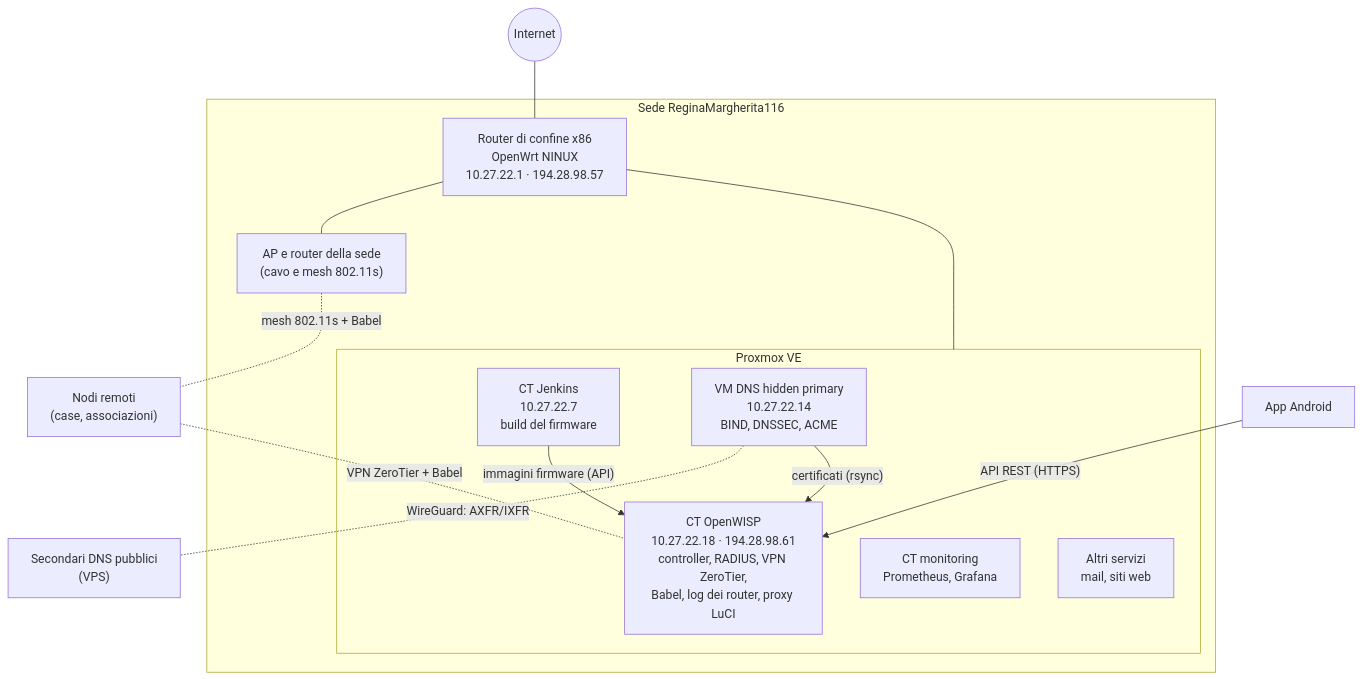
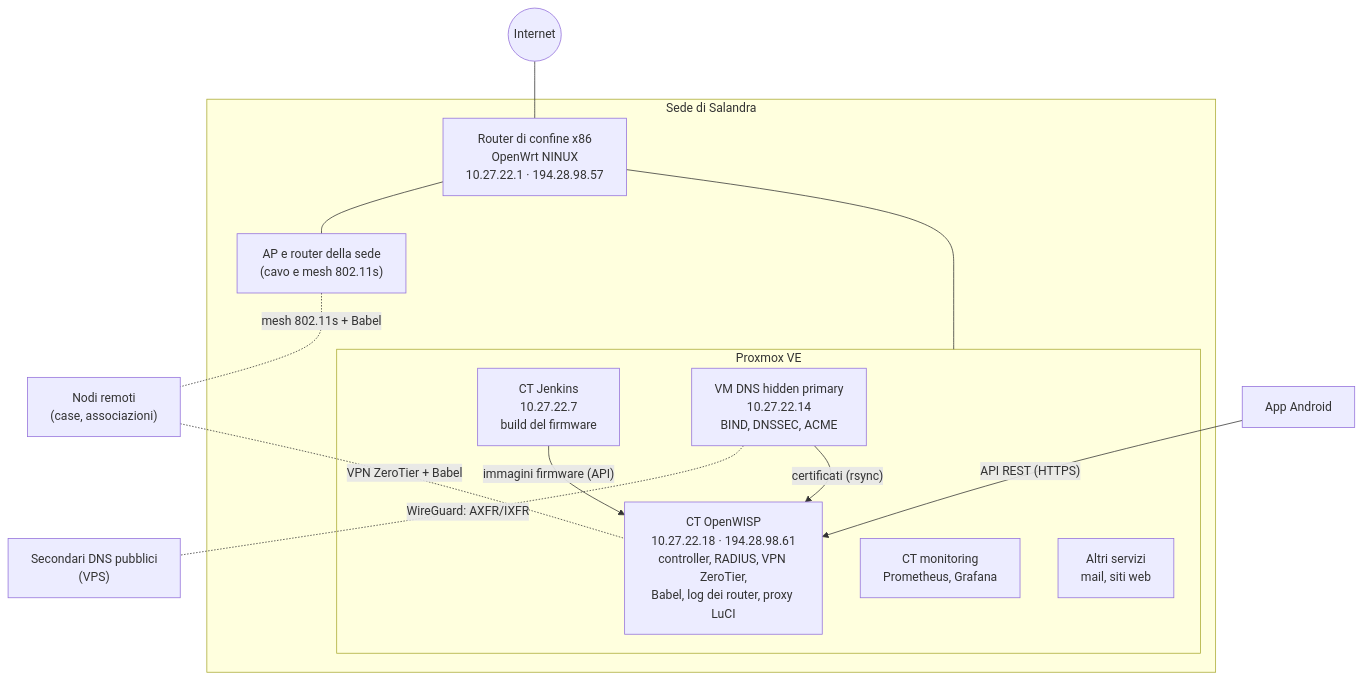
One commit to mikysal78/ninux-basilicata-infra changed the diagram in docs/architettura.md. Above: the diagram before and after it, drawn with Mermaid. The commit also changed 2 other files, not shown here.

Commit message:
Architettura: niente indirizzo della sede
Il diagramma dice «Sede di Salandra» invece del nome del router con il
numero civico; nella topology i nodi di Salandra e Matera hanno nomi
neutri (confine, AP 1, AP 2, nodo 1, nodo 2).

````diff
--- a/docs/architettura.md
+++ b/docs/architettura.md
@@ -5,28 +5,28 @@
 ```mermaid
 flowchart TB
     internet((Internet))
-    subgraph sede["Sede ReginaMargherita116"]
+    subgraph sede["Sede di Salandra"]
         confine["Router di confine x86<br/>OpenWrt NINUX<br/>10.27.22.1 · 194.28.98.57"]
         subgraph pve["Proxmox VE"]
             ow["CT OpenWISP<br/>10.27.22.18 · 194.28.98.61<br/>controller, RADIUS, VPN ZeroTier,<br/>Babel, log dei router, proxy LuCI"]
             jenkins["CT Jenkins<br/>10.27.22.7<br/>build del firmware"]
             dns["VM DNS hidden primary<br/>10.27.22.14<br/>BIND, DNSSEC, ACME"]
             mon["CT monitoring<br/>Prometheus, Grafana"]
             altri["Altri servizi<br/>mail, siti web"]
         end
         ap["AP e router della sede<br/>(cavo e mesh 802.11s)"]
     end
     sec["Secondari DNS pubblici<br/>(VPS)"]
     remoti["Nodi remoti<br/>(case, associazioni)"]
     tel["App Android"]
 
     internet --- confine
     confine --- pve
     confine --- ap
     dns -. "WireGuard: AXFR/IXFR" .- sec
     remoti -. "VPN ZeroTier + Babel" .- ow
     ap -. "mesh 802.11s + Babel" .- remoti
     jenkins -- "immagini firmware (API)" --> ow
     dns -- "certificati (rsync)" --> ow
     tel -- "API REST (HTTPS)" --> ow
 ```
````
